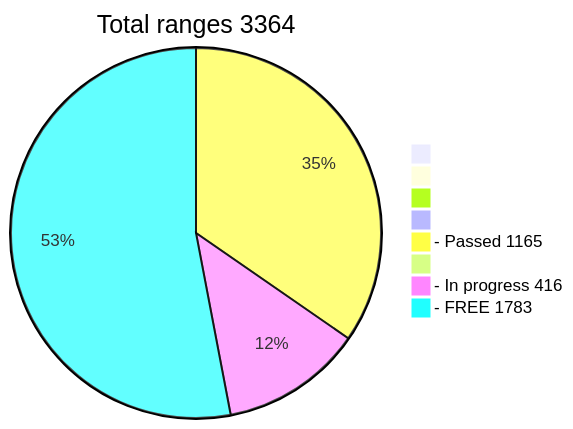
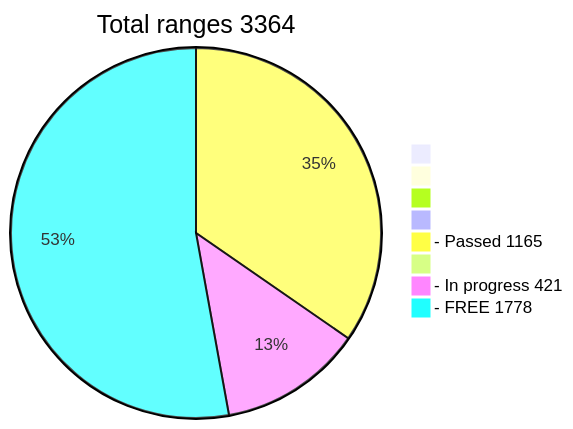
The diagram in README.md (phrutis/wif500), drawn with Mermaid before and after one commit.

````diff
--- a/README.md
+++ b/README.md
@@ -16,12 +16,12 @@
 ```mermaid
 pie title Total ranges 3364
              " " : 0
             "  " : 0
            "   " : 0
           "    " : 0
   "- Passed 1165" : 1165
          "     " : 0
-  "- In progress 416" : 416
-   "- FREE 1783" : 1783
+  "- In progress 421" : 421
+   "- FREE 1778" : 1778
    
 ```
````
